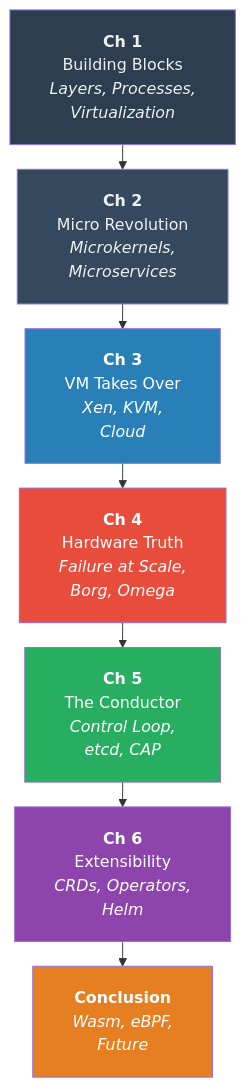
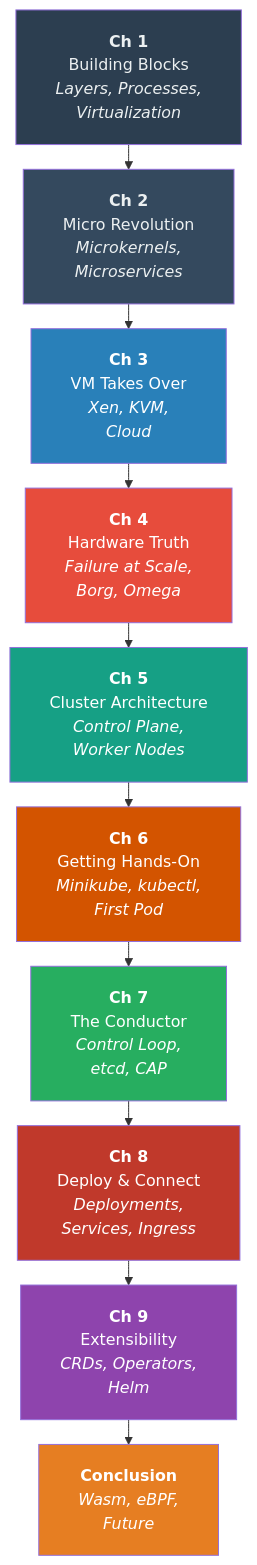
One commit to Alnour/kube_book changed the diagram in Summary.md. Above: the diagram before and after it, drawn with Mermaid. The commit also changed other lines of this file and 6 other files, not shown here.

Commit message:
Restructure: add 9-chapter layout with new Ch5 (Cluster Architecture), Ch6 (Hands-On), Ch8 (Deploy & Connect); renumber old Ch5→Ch7, Ch6→Ch9

````diff
--- a/Summary.md
+++ b/Summary.md
@@ -18,21 +18,27 @@
 ```mermaid
 %%{init: {'flowchart': {'nodeSpacing': 10, 'rankSpacing': 25, 'padding': 20, 'subGraphTitleMargin': {'top': 10, 'bottom': 5}}}}%%
 graph TB
     Ch1["<b>Ch 1</b><br/>Building Blocks<br/><i>Layers, Processes,<br/>Virtualization</i>"]
     Ch2["<b>Ch 2</b><br/>Micro Revolution<br/><i>Microkernels,<br/>Microservices</i>"]
     Ch3["<b>Ch 3</b><br/>VM Takes Over<br/><i>Xen, KVM,<br/>Cloud</i>"]
     Ch4["<b>Ch 4</b><br/>Hardware Truth<br/><i>Failure at Scale,<br/>Borg, Omega</i>"]
-    Ch5["<b>Ch 5</b><br/>The Conductor<br/><i>Control Loop,<br/>etcd, CAP</i>"]
-    Ch6["<b>Ch 6</b><br/>Extensibility<br/><i>CRDs, Operators,<br/>Helm</i>"]
+    Ch5["<b>Ch 5</b><br/>Cluster Architecture<br/><i>Control Plane,<br/>Worker Nodes</i>"]
+    Ch6["<b>Ch 6</b><br/>Getting Hands-On<br/><i>Minikube, kubectl,<br/>First Pod</i>"]
+    Ch7["<b>Ch 7</b><br/>The Conductor<br/><i>Control Loop,<br/>etcd, CAP</i>"]
+    Ch8["<b>Ch 8</b><br/>Deploy & Connect<br/><i>Deployments,<br/>Services, Ingress</i>"]
+    Ch9["<b>Ch 9</b><br/>Extensibility<br/><i>CRDs, Operators,<br/>Helm</i>"]
     Conc["<b>Conclusion</b><br/><i>Wasm, eBPF,<br/>Future</i>"]
 
-    Ch1 --> Ch2 --> Ch3 --> Ch4 --> Ch5 --> Ch6 --> Conc
+    Ch1 --> Ch2 --> Ch3 --> Ch4 --> Ch5 --> Ch6 --> Ch7 --> Ch8 --> Ch9 --> Conc
 
     style Ch1 fill:#2c3e50,color:#ecf0f1
     style Ch2 fill:#34495e,color:#ecf0f1
     style Ch3 fill:#2980b9,color:#fff
     style Ch4 fill:#e74c3c,color:#fff
-    style Ch5 fill:#27ae60,color:#fff
-    style Ch6 fill:#8e44ad,color:#fff
+    style Ch5 fill:#16a085,color:#fff
+    style Ch6 fill:#d35400,color:#fff
+    style Ch7 fill:#27ae60,color:#fff
+    style Ch8 fill:#c0392b,color:#fff
+    style Ch9 fill:#8e44ad,color:#fff
     style Conc fill:#e67e22,color:#fff
 ```
````
